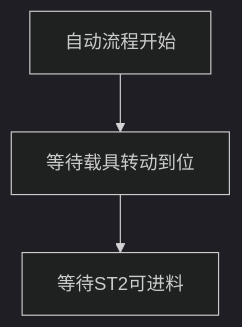
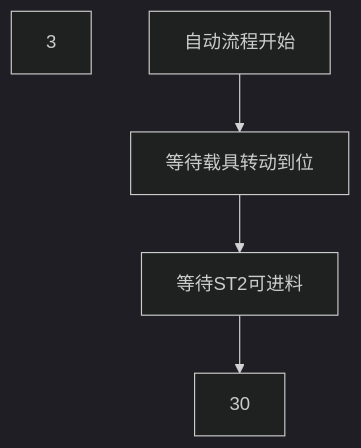
One commit to zmq000/iodraw-files changed the diagram in all/OP70工位1长回流工位.md. Above: the diagram before and after it, drawn with Mermaid (dark theme).

Commit message:
2026-06-17 15:33:35 update

````diff
--- a/all/OP70工位1长回流工位.md
+++ b/all/OP70工位1长回流工位.md
@@ -1,7 +1,8 @@
 ```mermaid
 graph TD
  自动流程开始-->10
  10[等待载具转动到位]-->20
- 20[等待ST2可进料]
+ 20[等待ST2可进料]-->30
+ 3
 
 ```
````
